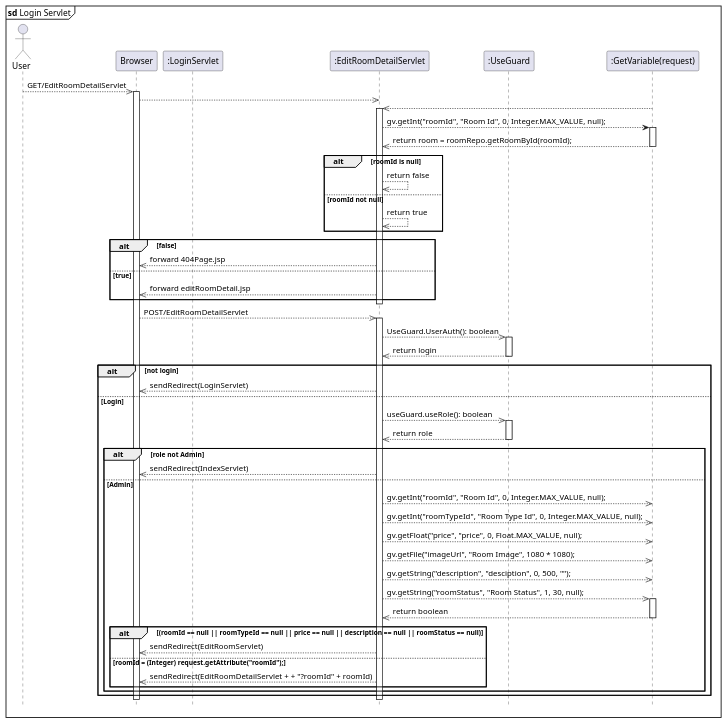
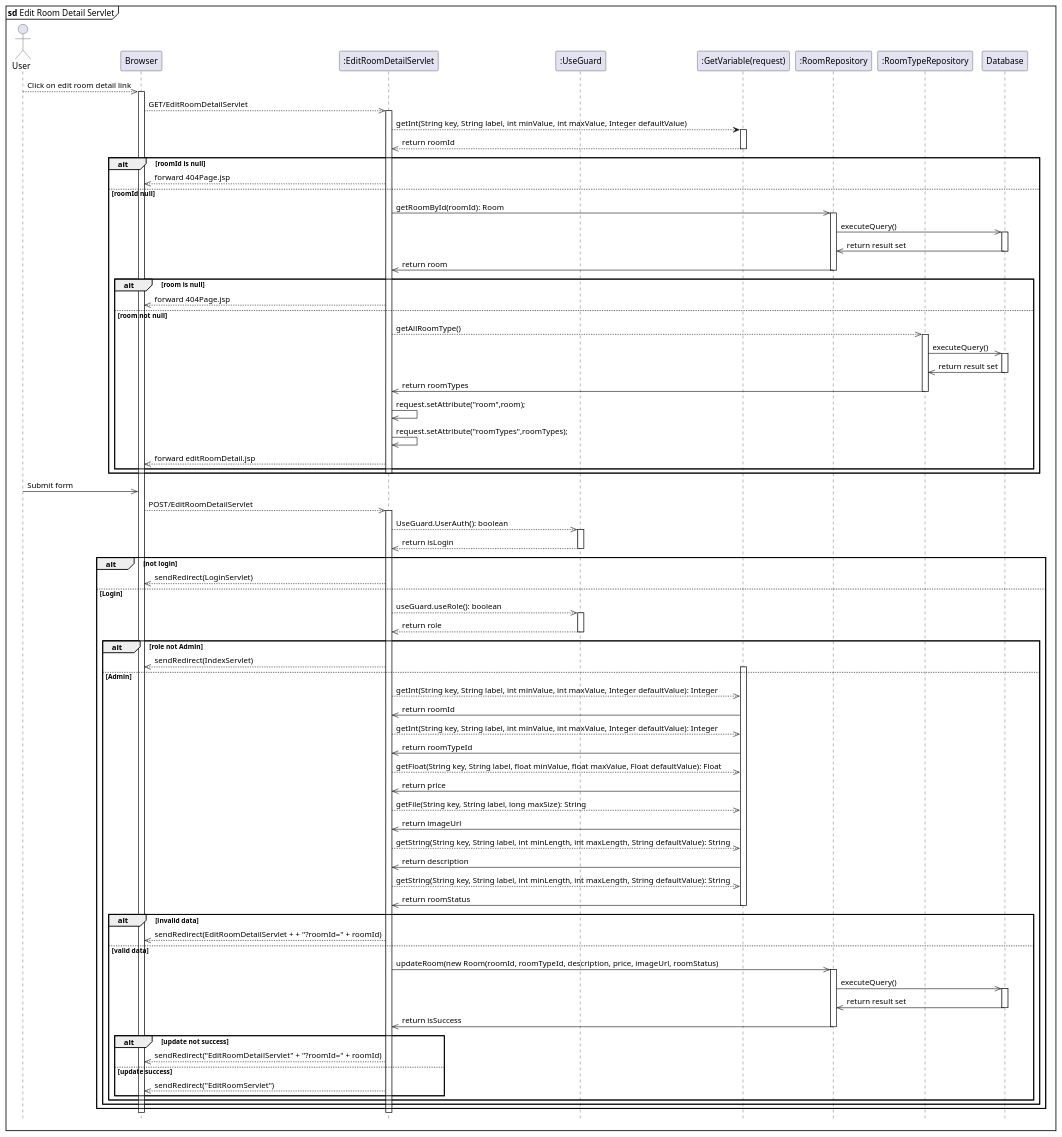
The diagram in diagram/EditRoomDetailServlet.puml (kainesv86/HKCBooking), drawn with PlantUML before and after one commit. The commit also changed 6 other files, not shown here.

Commit message:
Fix Edit Room Detail Servlet Diagram

```diff
--- a/diagram/EditRoomDetailServlet.puml
+++ b/diagram/EditRoomDetailServlet.puml
@@ -1,69 +1,108 @@
 hide footbox
-mainframe <b>sd</b> Login Servlet
+mainframe <b>sd</b> Edit Room Detail Servlet
 actor User
 participant "Browser" as Browser
-participant ":LoginServlet" as LoginServlet
 participant ":EditRoomDetailServlet" as EditRoomDetailServlet 
 participant ":UseGuard" as UseGuard
 participant ":GetVariable(request)" as GetVariable
+participant ":RoomRepository" as RoomRepository 
+participant ":RoomTypeRepository" as RoomTypeRepository 
+participant "Database" as Database
 
 
-User -->> Browser: GET/EditRoomDetailServlet
+User -->> Browser: Click on edit room detail link 
 activate Browser
-    Browser -->> EditRoomDetailServlet:
-    
-    GetVariable -->> EditRoomDetailServlet
+    Browser -->> EditRoomDetailServlet: GET/EditRoomDetailServlet
     activate EditRoomDetailServlet
-    
-    EditRoomDetailServlet --> GetVariable: gv.getInt("roomId", "Room Id", 0, Integer.MAX_VALUE, null);
-    activate GetVariable
-        GetVariable -->> EditRoomDetailServlet: return room = roomRepo.getRoomById(roomId);
-    deactivate GetVariable
-    alt roomId is null
-        EditRoomDetailServlet -->> EditRoomDetailServlet: return false
-    else roomId not null
-        EditRoomDetailServlet -->> EditRoomDetailServlet: return true
-    end
-    alt false
-        EditRoomDetailServlet -->> Browser: forward 404Page.jsp
-    else true
-        EditRoomDetailServlet -->> Browser: forward editRoomDetail.jsp
-    end
-    deactivate EditRoomDetailServlet
+        EditRoomDetailServlet --> GetVariable: getInt(String key, String label, int minValue, int maxValue, Integer defaultValue)
+        activate GetVariable
+            GetVariable -->> EditRoomDetailServlet: return roomId
+        deactivate GetVariable
+        
+        alt roomId is null 
+            EditRoomDetailServlet -->> Browser: forward 404Page.jsp
+        else roomId null    
+            EditRoomDetailServlet ->> RoomRepository: getRoomById(roomId): Room
+            activate RoomRepository
+                RoomRepository ->> Database: executeQuery()
+                    activate Database 
+                        Database ->> RoomRepository: return result set
+                    deactivate Database
+                RoomRepository ->> EditRoomDetailServlet: return room
+            deactivate RoomRepository
 
-Browser -->> EditRoomDetailServlet: POST/EditRoomDetailServlet
-    activate EditRoomDetailServlet
-    EditRoomDetailServlet -->> UseGuard: UseGuard.UserAuth(): boolean
-    activate UseGuard
-        UseGuard -->> EditRoomDetailServlet: return login
-    deactivate UseGuard
-    alt not login
-        EditRoomDetailServlet -->> Browser: sendRedirect(LoginServlet)
-    else Login
-    EditRoomDetailServlet -->> UseGuard: useGuard.useRole(): boolean
-        activate UseGuard
-        UseGuard -->> EditRoomDetailServlet: return role
-        deactivate UseGuard
-        alt role not Admin
-            EditRoomDetailServlet -->> Browser: sendRedirect(IndexServlet)
-        else Admin
-            EditRoomDetailServlet -->> GetVariable: gv.getInt("roomId", "Room Id", 0, Integer.MAX_VALUE, null);
-            EditRoomDetailServlet -->> GetVariable: gv.getInt("roomTypeId", "Room Type Id", 0, Integer.MAX_VALUE, null);
-            EditRoomDetailServlet -->> GetVariable: gv.getFloat("price", "price", 0, Float.MAX_VALUE, null);
-            EditRoomDetailServlet -->> GetVariable: gv.getFile("imageUrl", "Room Image", 1080 * 1080);
-            EditRoomDetailServlet -->> GetVariable: gv.getString("description", "desciption", 0, 500, "");
-            EditRoomDetailServlet -->> GetVariable: gv.getString("roomStatus", "Room Status", 1, 30, null);
-            activate GetVariable
-                GetVariable -->> EditRoomDetailServlet: return boolean
-            deactivate GetVariable
-            alt (roomId == null || roomTypeId == null || price == null || description == null || roomStatus == null)
-                EditRoomDetailServlet -->> Browser: sendRedirect(EditRoomServlet)
-            else roomId = (Integer) request.getAttribute("roomId");
-                
-                EditRoomDetailServlet -->> Browser:sendRedirect(EditRoomDetailServlet + + "?roomId" + roomId)
+            alt room is null
+                EditRoomDetailServlet -->> Browser: forward 404Page.jsp 
+            else room not null    
+                EditRoomDetailServlet -->> RoomTypeRepository: getAllRoomType()
+                activate RoomTypeRepository
+                    RoomTypeRepository ->> Database: executeQuery()
+                        activate Database 
+                            Database ->> RoomTypeRepository: return result set
+                        deactivate Database
+                    RoomTypeRepository ->> EditRoomDetailServlet: return roomTypes
+                deactivate RoomTypeRepository
+                EditRoomDetailServlet ->> EditRoomDetailServlet: request.setAttribute("room",room);
+                EditRoomDetailServlet ->> EditRoomDetailServlet: request.setAttribute("roomTypes",roomTypes);
+                EditRoomDetailServlet -->> Browser: forward editRoomDetail.jsp
+            end
+            deactivate EditRoomDetailServlet
+        end
 
+User ->> Browser: Submit form
+    Browser -->> EditRoomDetailServlet: POST/EditRoomDetailServlet
+        activate EditRoomDetailServlet
+            EditRoomDetailServlet -->> UseGuard: UseGuard.UserAuth(): boolean
+            activate UseGuard
+                UseGuard -->> EditRoomDetailServlet: return isLogin
+            deactivate UseGuard
+            alt not login
+                EditRoomDetailServlet -->> Browser: sendRedirect(LoginServlet)
+            else Login
+                EditRoomDetailServlet -->> UseGuard: useGuard.useRole(): boolean
+                activate UseGuard
+                    UseGuard -->> EditRoomDetailServlet: return role
+                deactivate UseGuard
+                alt role not Admin
+                    EditRoomDetailServlet -->> Browser: sendRedirect(IndexServlet)
+                else Admin
+                    activate GetVariable
+                        EditRoomDetailServlet -->> GetVariable: getInt(String key, String label, int minValue, int maxValue, Integer defaultValue): Integer
+                        GetVariable ->> EditRoomDetailServlet: return roomId
+
+                        EditRoomDetailServlet -->> GetVariable: getInt(String key, String label, int minValue, int maxValue, Integer defaultValue): Integer
+                        GetVariable ->> EditRoomDetailServlet: return roomTypeId
+
+                        EditRoomDetailServlet -->> GetVariable: getFloat(String key, String label, float minValue, float maxValue, Float defaultValue): Float
+                        GetVariable ->> EditRoomDetailServlet: return price
+
+                        EditRoomDetailServlet -->> GetVariable: getFile(String key, String label, long maxSize): String
+                        GetVariable ->> EditRoomDetailServlet: return imageUrl
+
+                        EditRoomDetailServlet -->> GetVariable: getString(String key, String label, int minLength, int maxLength, String defaultValue): String
+                        GetVariable ->> EditRoomDetailServlet: return description 
+
+                        EditRoomDetailServlet -->> GetVariable: getString(String key, String label, int minLength, int maxLength, String defaultValue): String
+                        GetVariable ->> EditRoomDetailServlet: return roomStatus                            
+                    deactivate GetVariable
+                    alt invalid data
+                        EditRoomDetailServlet -->> Browser: sendRedirect(EditRoomDetailServlet + + "?roomId=" + roomId)
+                    else valid data
+                        EditRoomDetailServlet ->> RoomRepository: updateRoom(new Room(roomId, roomTypeId, description, price, imageUrl, roomStatus)
+                        activate RoomRepository
+                            RoomRepository ->> Database: executeQuery()
+                            activate Database 
+                                Database ->> RoomRepository: return result set
+                            deactivate Database
+                            RoomRepository ->> EditRoomDetailServlet: return isSuccess
+                        deactivate RoomRepository
+                        alt update not success
+                            EditRoomDetailServlet -->> Browser:sendRedirect("EditRoomDetailServlet" + "?roomId=" + roomId)
+                        else update success
+                            EditRoomDetailServlet -->> Browser:sendRedirect("EditRoomServlet")
+                        end
+                    end
+                end
             end
-        end
-    end
-    deactivate EditRoomDetailServlet
+        deactivate EditRoomDetailServlet
     deactivate Browser
```
